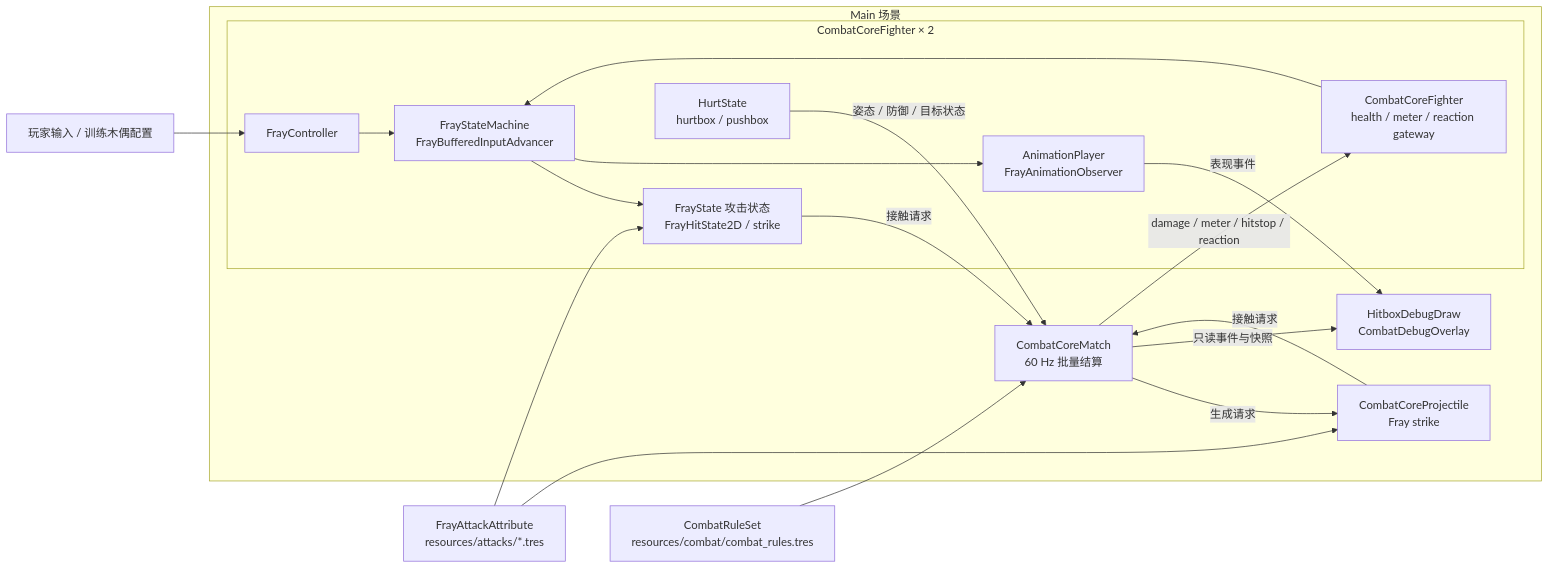
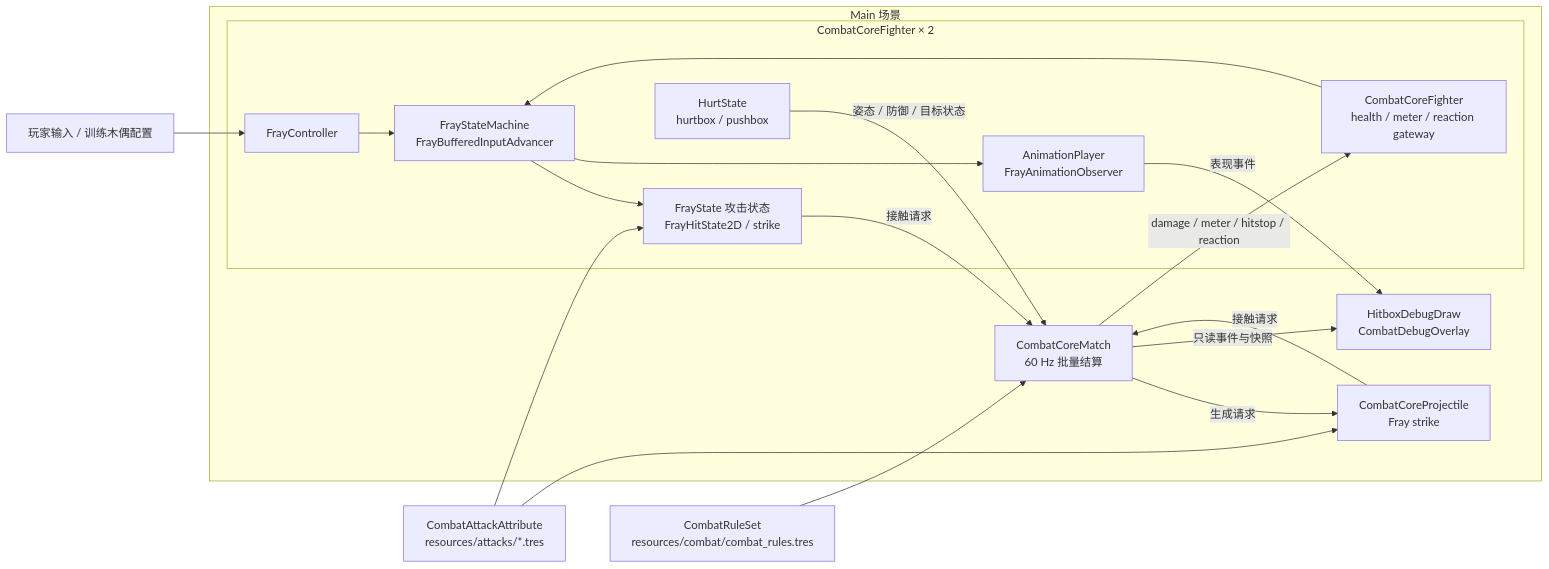
One commit to Forgeey/the-oc-fighting changed the first of 3 diagrams in module_codes/fray-combat-core/docs/SDD.md. Above: the diagram before and after it, drawn with Mermaid. The commit also changed other lines of this file and 627 other files, not shown here.

````diff
--- a/module_codes/fray-combat-core/docs/SDD.md
+++ b/module_codes/fray-combat-core/docs/SDD.md
@@ -23,36 +23,36 @@
 ```mermaid
 flowchart LR
 	Player["玩家输入 / 训练木偶配置"]
-	AttackData["FrayAttackAttribute<br/>resources/attacks/*.tres"]
+	AttackData["CombatAttackAttribute<br/>resources/attacks/*.tres"]
 	SharedRules["CombatRuleSet<br/>resources/combat/combat_rules.tres"]
 
 	subgraph MainScene["Main 场景"]
 		subgraph Fighters["CombatCoreFighter × 2"]
 			FighterFacade["CombatCoreFighter<br/>health / meter / reaction gateway"]
 			Controller["FrayController"]
 			StateMachine["FrayStateMachine<br/>FrayBufferedInputAdvancer"]
 			AttackStates["FrayState 攻击状态<br/>FrayHitState2D / strike"]
 			HurtState["HurtState<br/>hurtbox / pushbox"]
 			Animation["AnimationPlayer<br/>FrayAnimationObserver"]
 		end
 		Match["CombatCoreMatch<br/>60 Hz 批量结算"]
 		Projectiles["CombatCoreProjectile<br/>Fray strike"]
 		Diagnostics["HitboxDebugDraw<br/>CombatDebugOverlay"]
 	end
 
 	Player --> Controller
 	Controller --> StateMachine
 	FighterFacade --> StateMachine
 	StateMachine --> AttackStates
 	StateMachine --> Animation
 	AttackData --> AttackStates
 	AttackData --> Projectiles
 	SharedRules --> Match
 	AttackStates -- "接触请求" --> Match
 	HurtState -- "姿态 / 防御 / 目标状态" --> Match
 	Projectiles -- "接触请求" --> Match
 	Match -- "damage / meter / hitstop / reaction" --> FighterFacade
 	Match -- "生成请求" --> Projectiles
 	Match -- "只读事件与快照" --> Diagnostics
 	Animation -- "表现事件" --> Diagnostics
 ```
````
